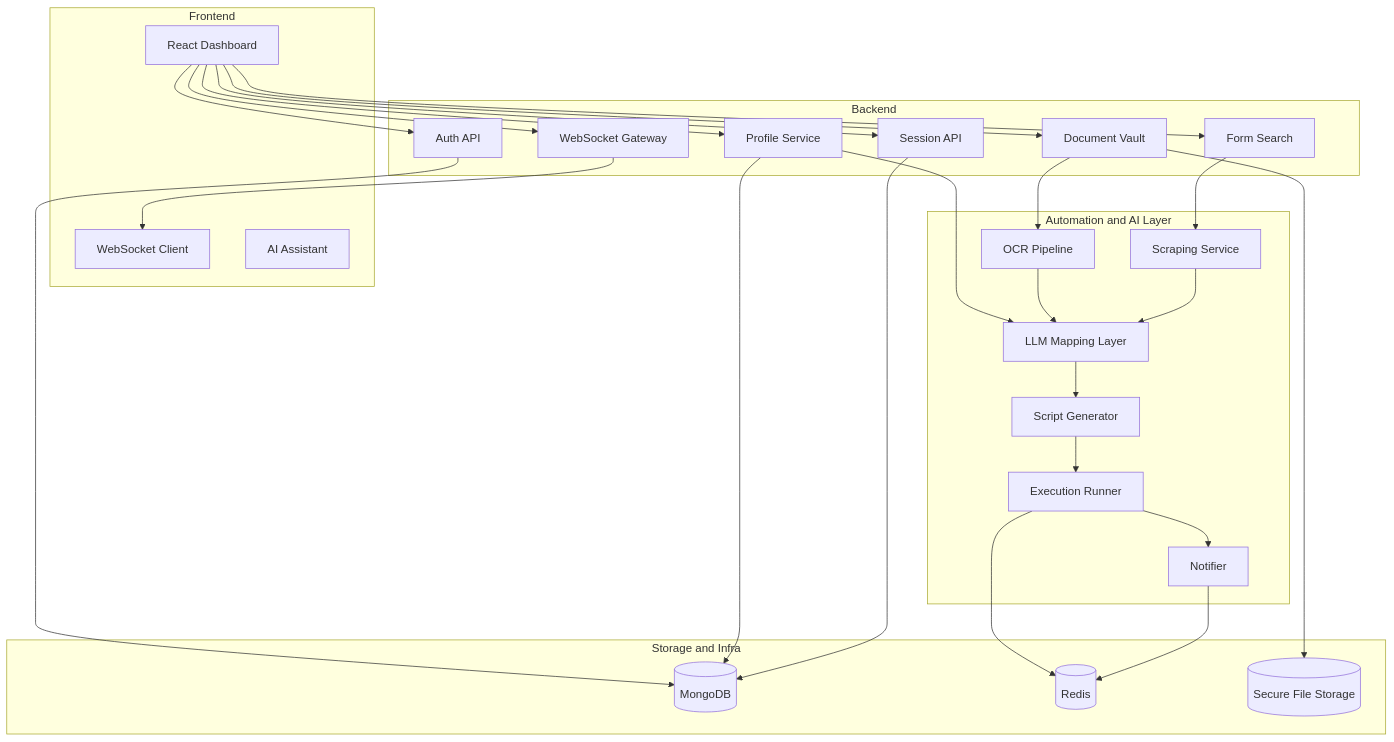
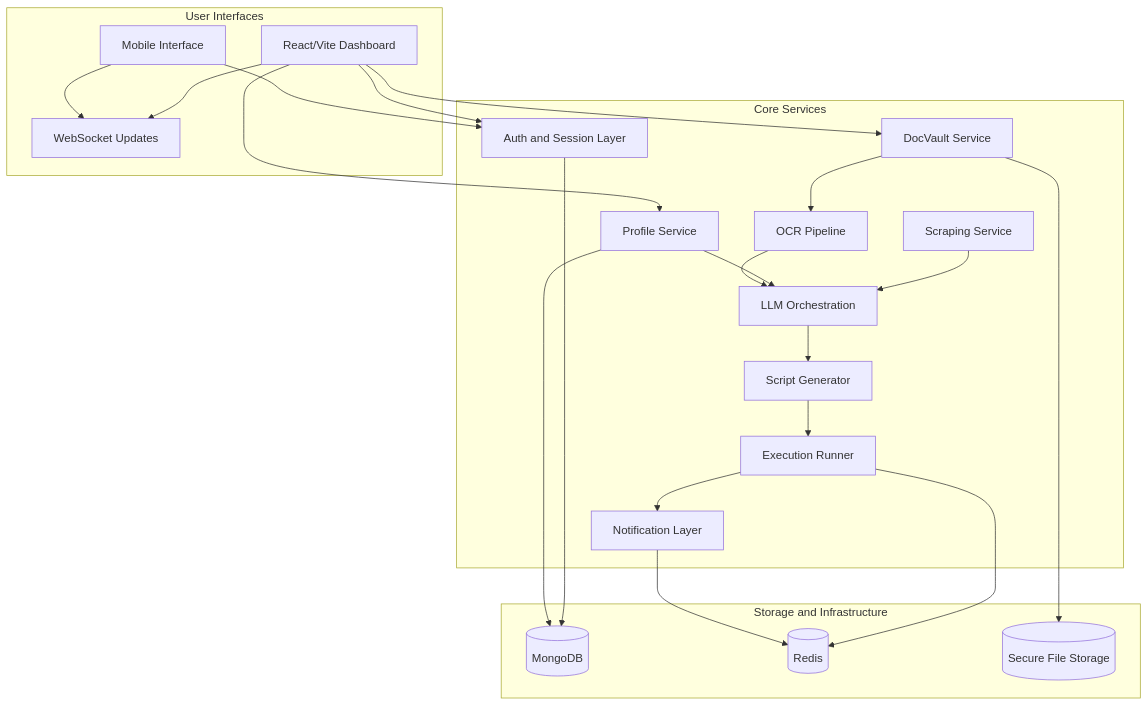
One commit to himanshameta/Mochatrade-CivicFlow changed the diagram in README.md. Above: the diagram before and after it, drawn with Mermaid. The commit also changed other lines of this file, not shown here.

Commit message:
Update README with comprehensive system architecture, data flows, and project roadmap

````diff
--- a/README.md
+++ b/README.md
@@ -79,56 +239,47 @@
 ```mermaid
 flowchart TB
-    subgraph Frontend["Frontend"]
-        UI["React Dashboard"]
-        WSClient["WebSocket Client"]
-        Assistant["AI Assistant"]
+    subgraph UI["User Interfaces"]
+        Dashboard["React/Vite Dashboard"]
+        Mobile["Mobile Interface"]
+        Realtime["WebSocket Updates"]
     end
 
-    subgraph Backend["Backend"]
-        Auth["Auth API"]
+    subgraph Core["Core Services"]
+        Auth["Auth and Session Layer"]
         Profile["Profile Service"]
-        Docs["Document Vault"]
-        Search["Form Search"]
-        Sessions["Session API"]
-        Events["WebSocket Gateway"]
+        Vault["DocVault Service"]
+        OCR["OCR Pipeline"]
+        Scraper["Scraping Service"]
+        LLM["LLM Orchestration"]
+        ScriptGen["Script Generator"]
+        Executor["Execution Runner"]
+        Notify["Notification Layer"]
     end
 
-    subgraph Agents["Automation and AI Layer"]
-        OCR["OCR Pipeline"]
-        Scraper["Scraping Service"]
-        Mapper["LLM Mapping Layer"]
-        ScriptGen["Script Generator"]
-        Executor["Execution Runner"]
-        Notify["Notifier"]
+    subgraph Infra["Storage and Infrastructure"]
+        Mongo[("MongoDB")]
+        Redis[("Redis")]
+        Files[("Secure File Storage")]
     end
 
-    subgraph Storage["Storage and Infra"]
-        Mongo[("MongoDB")]
-        Redis[("Redis")]
-        Vault[("Secure File Storage")]
-    end
+    Dashboard --> Auth
+    Dashboard --> Profile
+    Dashboard --> Vault
+    Dashboard --> Realtime
+    Mobile --> Auth
+    Mobile --> Realtime
 
-    UI --> Auth
-    UI --> Profile
-    UI --> Docs
-    UI --> Search
-    UI --> Sessions
-    UI --> Events
-    Events --> WSClient
-
-    Docs --> OCR
-    Search --> Scraper
-    Profile --> Mapper
-    OCR --> Mapper
-    Scraper --> Mapper
-    Mapper --> ScriptGen
+    Vault --> OCR
+    Scraper --> LLM
+    Profile --> LLM
+    OCR --> LLM
+    LLM --> ScriptGen
     ScriptGen --> Executor
     Executor --> Notify
 
     Auth --> Mongo
     Profile --> Mongo
-    Sessions --> Mongo
-    Docs --> Vault
+    Vault --> Files
     Executor --> Redis
     Notify --> Redis
 ```
````
